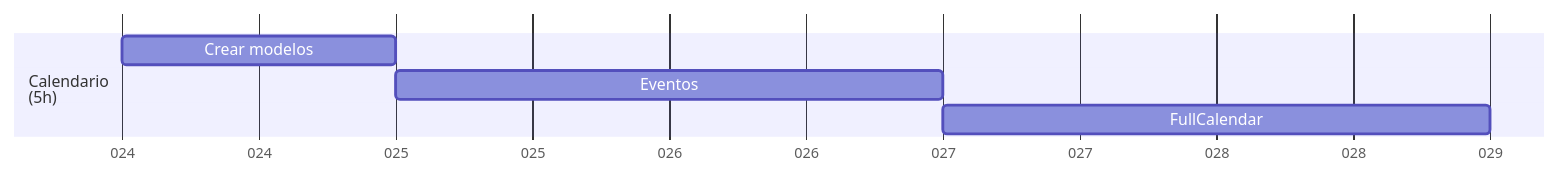
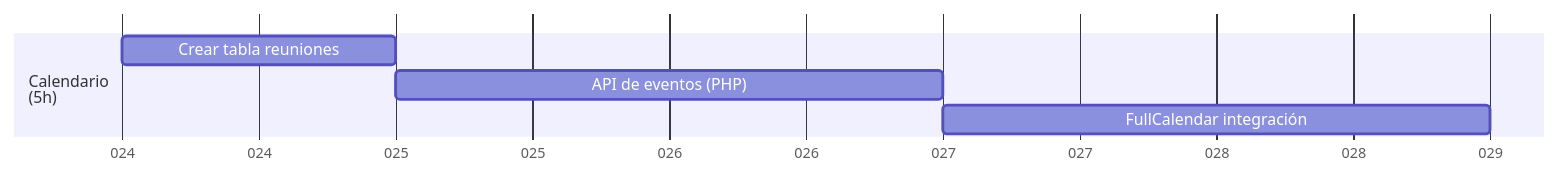
One commit to Covija97/badentracker changed the sixth of 9 diagrams in .md/roadmap.md. Above: the diagram before and after it, drawn with Mermaid. The commit also changed other lines of this file, not shown here.

Commit message:
Refactor roadmap.md to update project planning, database design, and CRUD sections

````diff
--- a/.md/roadmap.md
+++ b/.md/roadmap.md
@@ -92,10 +94,10 @@
 ```mermaid
 gantt
     dateFormat  DDD
     axisFormat %j
    
     section Calendario<br>(5h)
-    Crear modelos               : 01-24, 1d
-    Eventos                     : 01-25, 2d
-    FullCalendar                : 01-27, 2d
+    Crear tabla reuniones       : 01-24, 1d
+    API de eventos (PHP)        : 01-25, 2d
+    FullCalendar integración    : 01-27, 2d
 ```
````
